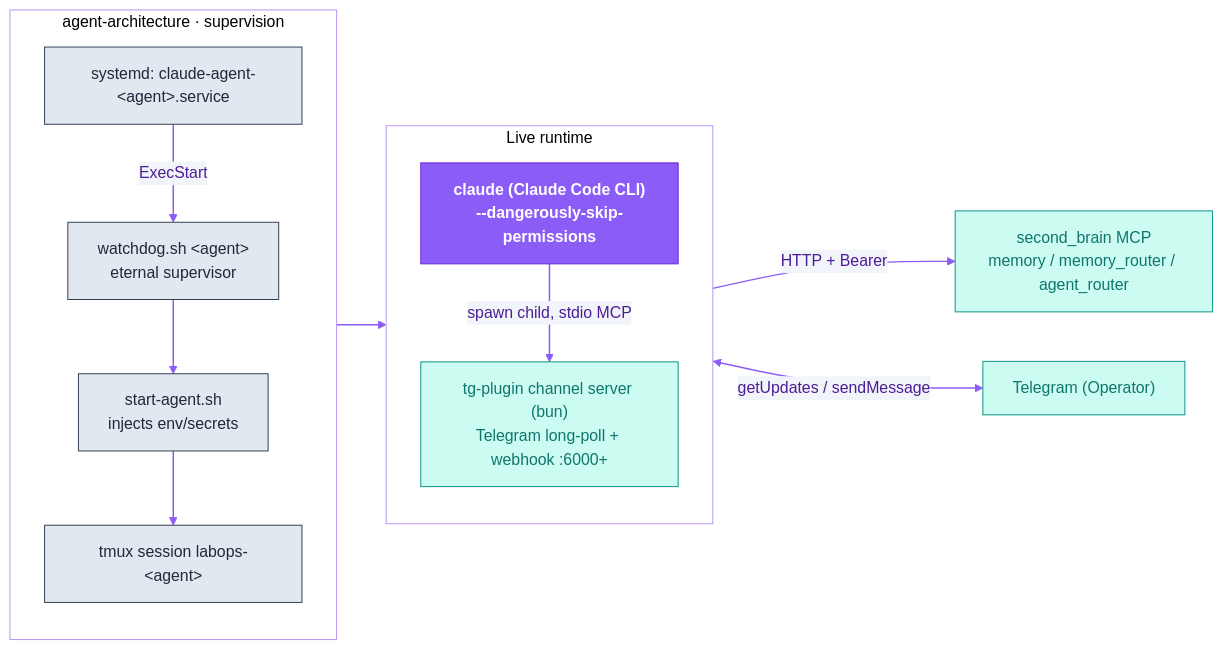
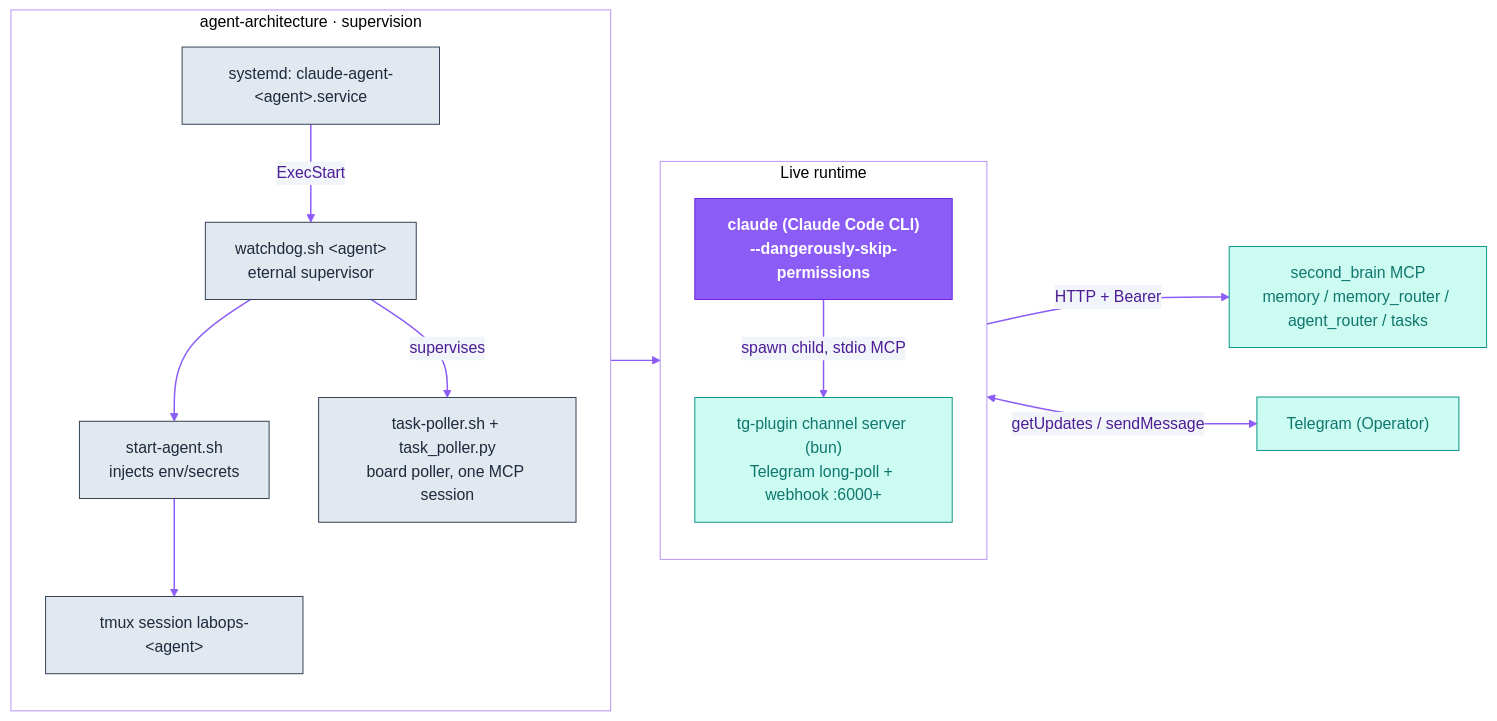
Before and after one commit to dediukhinpa/labops-ai-assistant: the diagram in README.md, drawn with Mermaid. The commit also changed other lines of this file and 11 other files, not shown here.

Commit message:
Bring the docs back in line with the task board, the hooks and the monorepo layout

````diff
--- a/README.md
+++ b/README.md
@@ -111,29 +111,31 @@
 ```mermaid
 %%{init: {'theme':'base','themeVariables':{'primaryColor':'#EDE9FE','primaryTextColor':'#4C1D95','primaryBorderColor':'#8B5CF6','lineColor':'#8B5CF6','secondaryColor':'#F1F5F9','tertiaryColor':'#ffffff','clusterBkg':'transparent','clusterBorder':'#B794F4','fontFamily':'Helvetica,Arial,sans-serif'}}}%%
 flowchart LR
   subgraph arch["agent-architecture · supervision"]
     direction TB
     SD["systemd: claude-agent-&lt;agent&gt;.service"]
     WD["watchdog.sh &lt;agent&gt;<br/>eternal supervisor"]
     SA["start-agent.sh<br/>injects env/secrets"]
     TM["tmux session labops-&lt;agent&gt;"]
+    PL["task-poller.sh + task_poller.py<br/>board poller, one MCP session"]
     SD -->|ExecStart| WD --> SA --> TM
+    WD -->|supervises| PL
   end
   subgraph live["Live runtime"]
     direction TB
     CC["claude (Claude Code CLI)<br/>--dangerously-skip-permissions"]
     BUN["tg-plugin channel server (bun)<br/>Telegram long-poll + webhook :6000+"]
   end
   TM --> CC
   CC -->|spawn child, stdio MCP| BUN
-  CC -->|HTTP + Bearer| SB["second_brain MCP<br/>memory / memory_router / agent_router"]
+  CC -->|HTTP + Bearer| SB["second_brain MCP<br/>memory / memory_router / agent_router / tasks"]
   BUN <-->|getUpdates / sendMessage| TG["Telegram (Operator)"]
   classDef brand fill:#8B5CF6,stroke:#6D28D9,color:#ffffff,font-weight:bold
   classDef ext fill:#CCFBF1,stroke:#0D9488,color:#0F766E
   classDef store fill:#FEF3C7,stroke:#D97706,color:#92400E
   classDef sys fill:#E2E8F0,stroke:#334155,color:#1E293B
   linkStyle default stroke:#8B5CF6,stroke-width:1.5px
   class CC brand
-  class SD,WD,SA,TM sys
+  class SD,WD,SA,TM,PL sys
   class BUN,SB,TG ext
 ```
````
